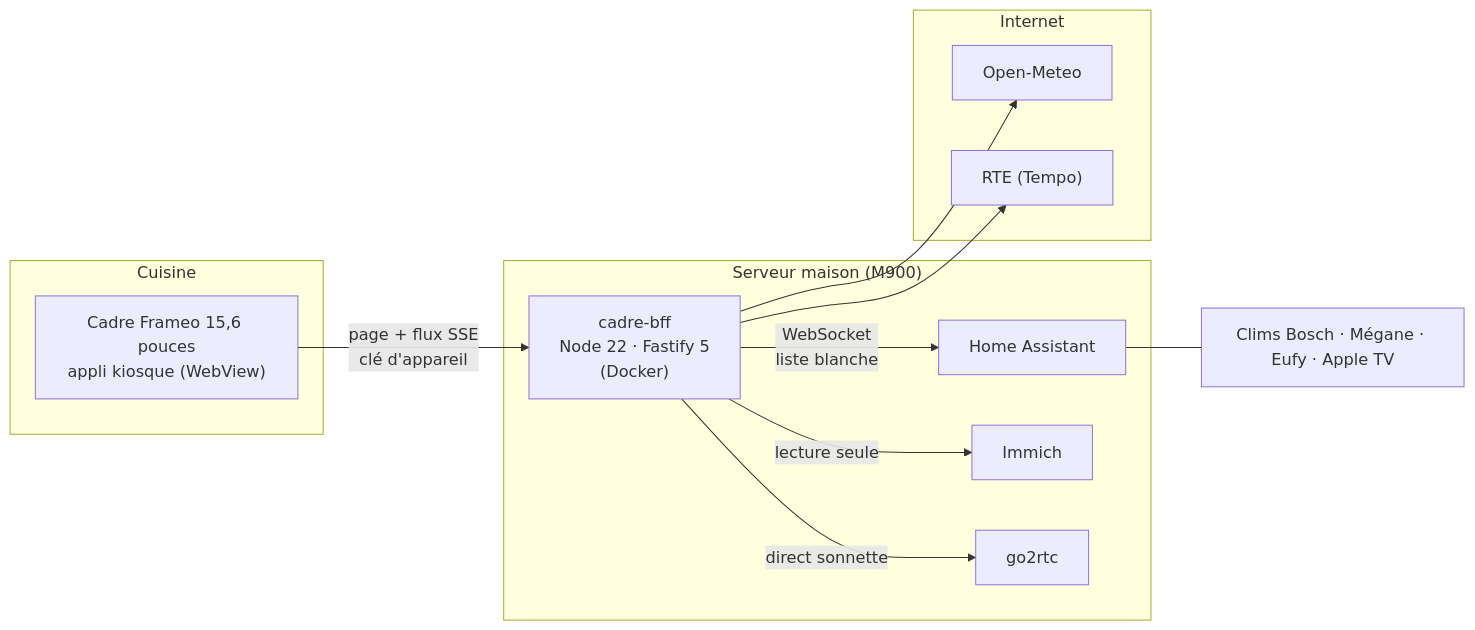
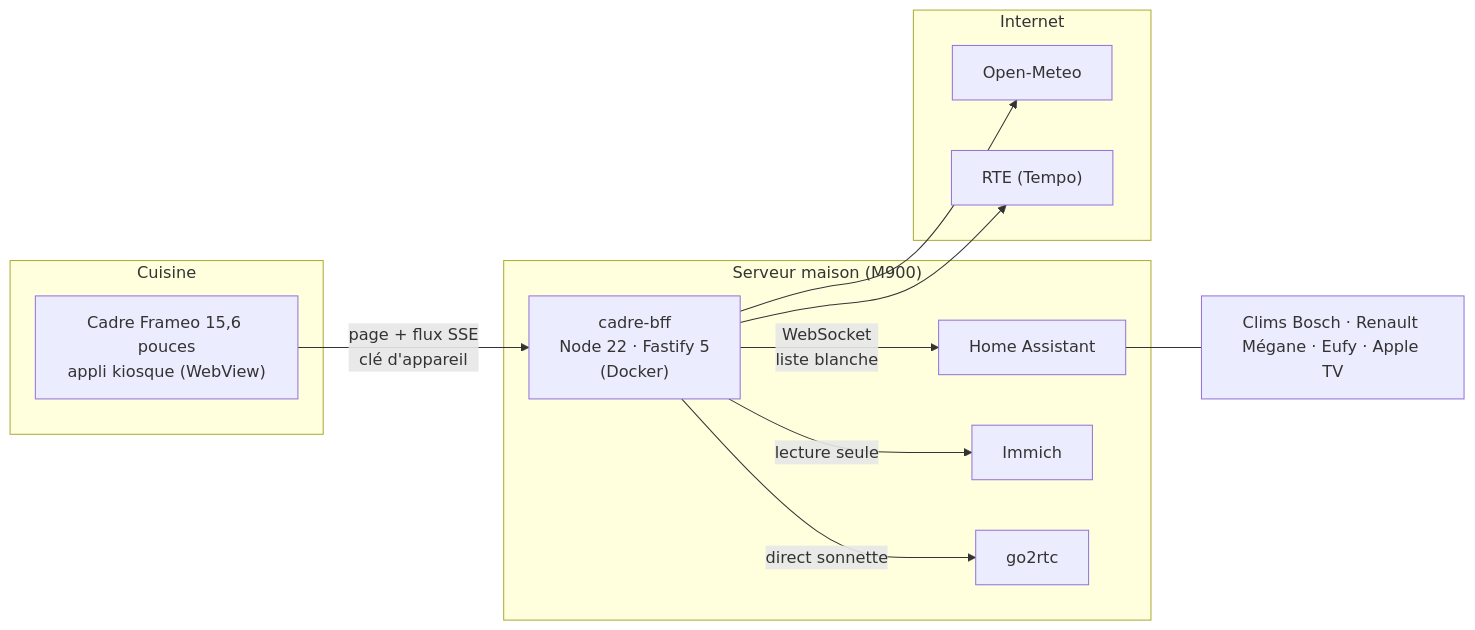
Before and after one commit to thomasarronis-hash/frameo-kitchen-dashboard: the diagram in README.md, drawn with Mermaid. The commit also changed other lines of this file and 17 other files, not shown here.

````diff
--- a/README.md
+++ b/README.md
@@ -96,23 +109,23 @@
 ```mermaid
 flowchart LR
   subgraph Cuisine
     K["Cadre Frameo 15,6 pouces<br/>appli kiosque (WebView)"]
   end
   subgraph M900["Serveur maison (M900)"]
     B["cadre-bff<br/>Node 22 · Fastify 5<br/>(Docker)"]
     HA["Home Assistant"]
     IM["Immich"]
     G["go2rtc"]
   end
   subgraph Internet
     OM["Open-Meteo"]
     RTE["RTE (Tempo)"]
   end
   K -- "page + flux SSE<br/>clé d'appareil" --> B
   B -- "WebSocket<br/>liste blanche" --> HA
   B -- "lecture seule" --> IM
   B -- "direct sonnette" --> G
   B --> OM
   B --> RTE
-  HA --- C["Clims Bosch · Mégane · Eufy · Apple TV"]
+  HA --- C["Clims Bosch · Renault Mégane · Eufy · Apple TV"]
 ```
````
